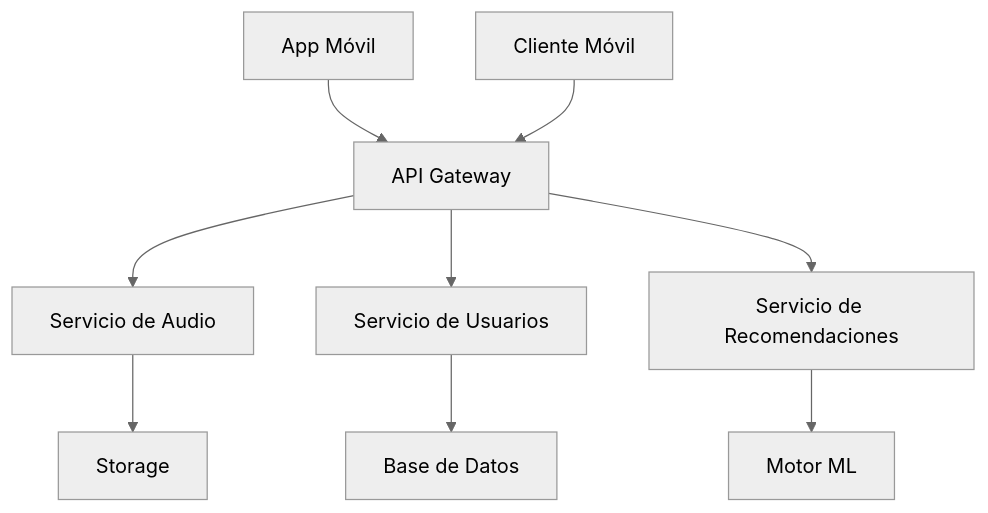
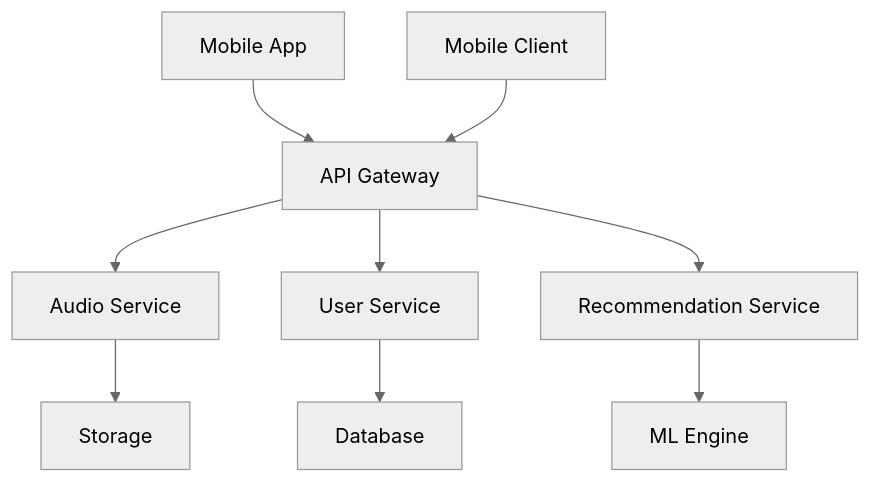
One commit to BlueSystemCR/nexus changed the second of 3 diagrams in docs/technical_overview.md. Above: the diagram before and after it, drawn with Mermaid (neutral theme). The commit also changed other lines of this file, not shown here.

````diff
--- a/docs/technical_overview.md
+++ b/docs/technical_overview.md
@@ -402,11 +402,11 @@
 ```mermaid
 graph TB
-    A[App Móvil] --> B[API Gateway]
-    C[Cliente Móvil] --> B
-    B --> D[Servicio de Audio]
-    B --> E[Servicio de Usuarios]
-    B --> F[Servicio de Recomendaciones]
+    A[Mobile App] --> B[API Gateway]
+    C[Mobile Client] --> B
+    B --> D[Audio Service]
+    B --> E[User Service]
+    B --> F[Recommendation Service]
     D --> G[Storage]
-    E --> H[Base de Datos]
-    F --> I[Motor ML]
+    E --> H[Database]
+    F --> I[ML Engine]
 ```
````
